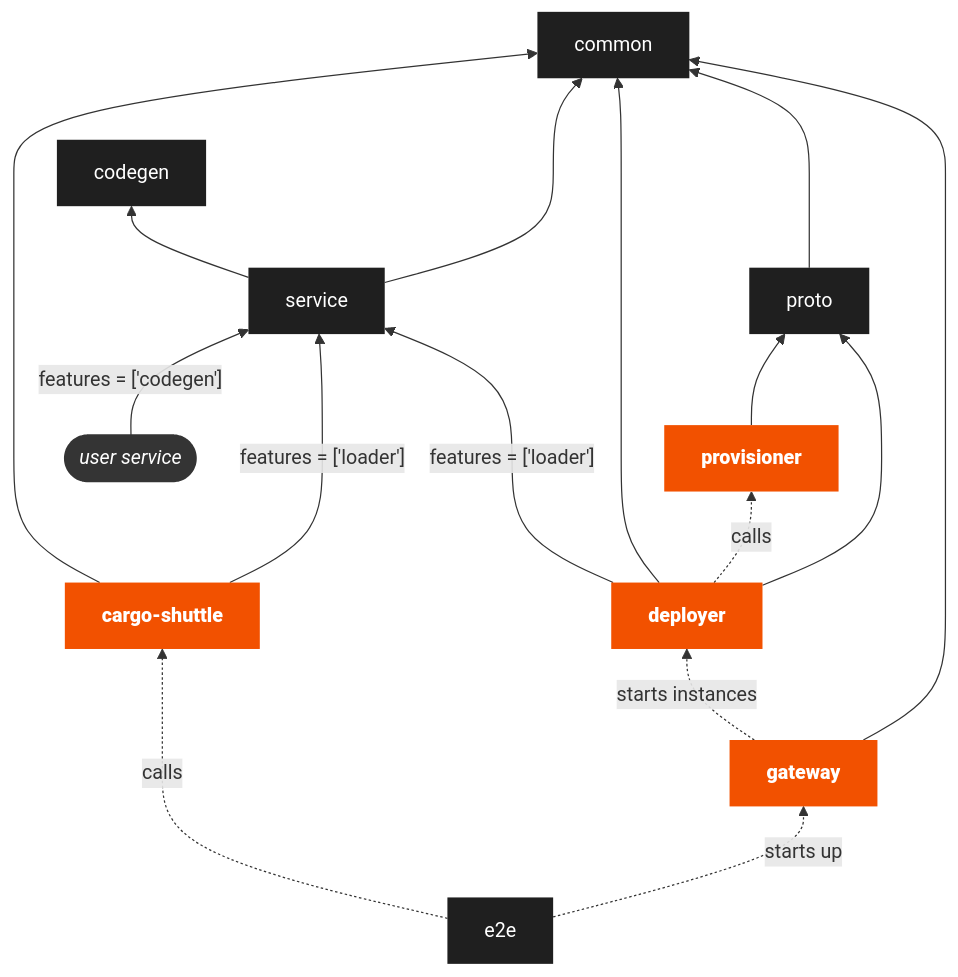
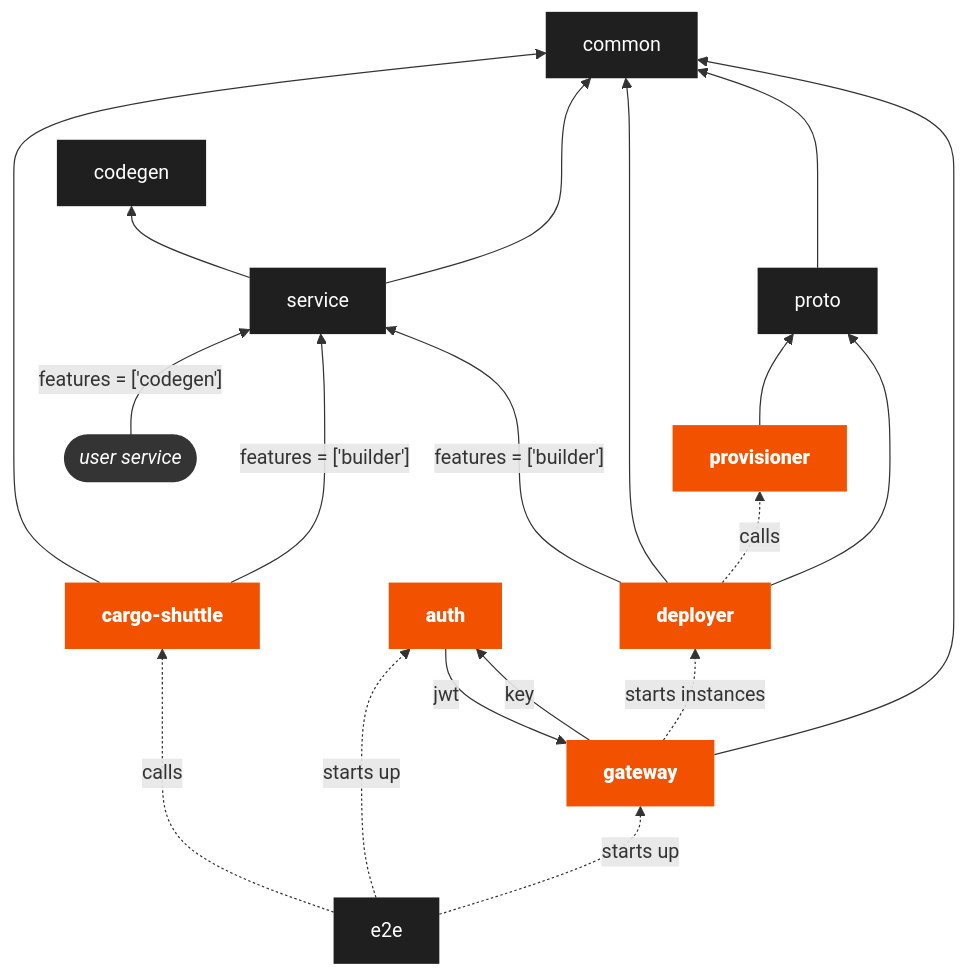
Before and after one commit to shuttle-hq/shuttle: the diagram in CONTRIBUTING.md, drawn with Mermaid. The commit also changed other lines of this file and 1 other file, not shown here.

````diff
--- a/CONTRIBUTING.md
+++ b/CONTRIBUTING.md
@@ -216,32 +216,36 @@
 ```mermaid
 graph BT
     classDef default fill:#1f1f1f,stroke-width:0,color:white;
     classDef binary fill:#f25100,font-weight:bolder,stroke-width:0,color:white;
     classDef external fill:#343434,font-style:italic,stroke:#f25100,color:white;
 
     deployer:::binary
     cargo-shuttle:::binary
     common
     codegen
     e2e
     proto
     provisioner:::binary
     service
     gateway:::binary
+    auth:::binary
     user([user service]):::external
     gateway --> common
     gateway -.->|starts instances| deployer
+    gateway -->|key| auth
+    auth -->|jwt| gateway
     deployer --> proto
     deployer -.->|calls| provisioner
     service ---> common
     deployer --> common
-    cargo-shuttle --->|"features = ['loader']"| service
-    deployer -->|"features = ['loader']"| service
+    cargo-shuttle --->|"features = ['builder']"| service
+    deployer -->|"features = ['builder']"| service
     cargo-shuttle --> common
     service --> codegen
     proto ---> common
     provisioner --> proto
     e2e -.->|starts up| gateway
+    e2e -.->|starts up| auth
     e2e -.->|calls| cargo-shuttle
     user -->|"features = ['codegen']"| service
 ```
````
